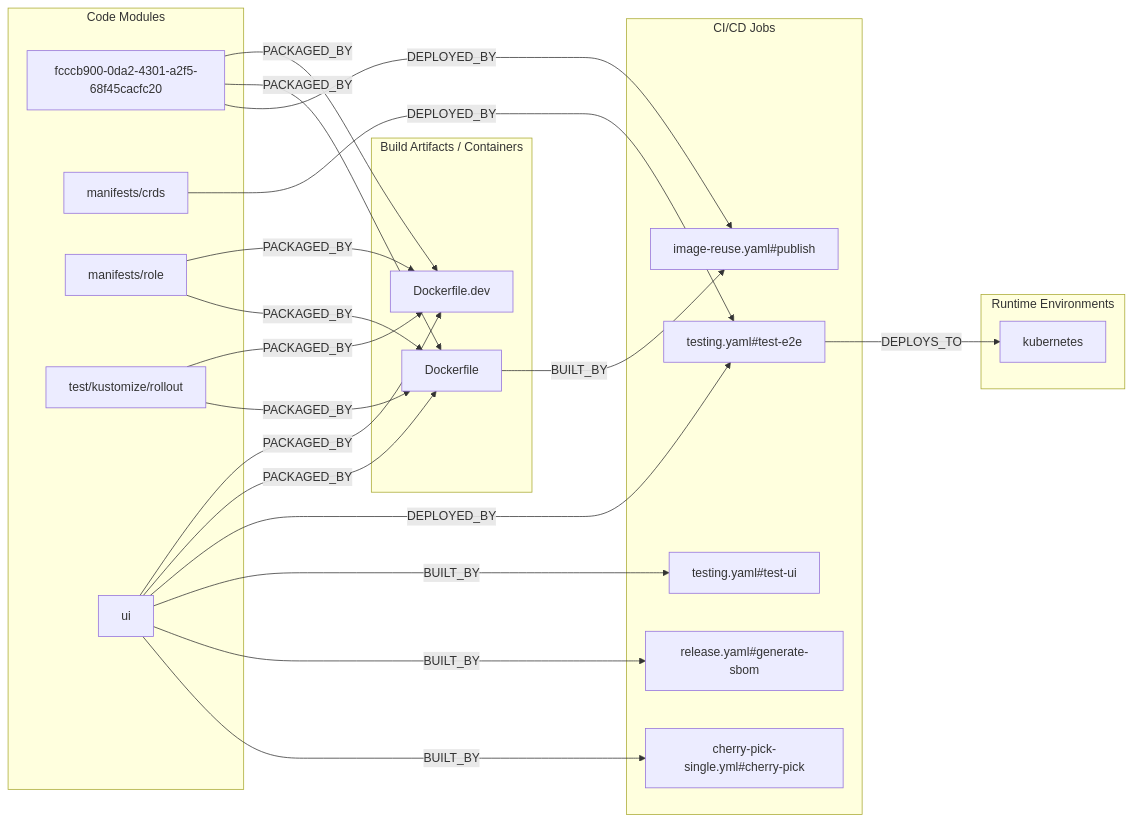
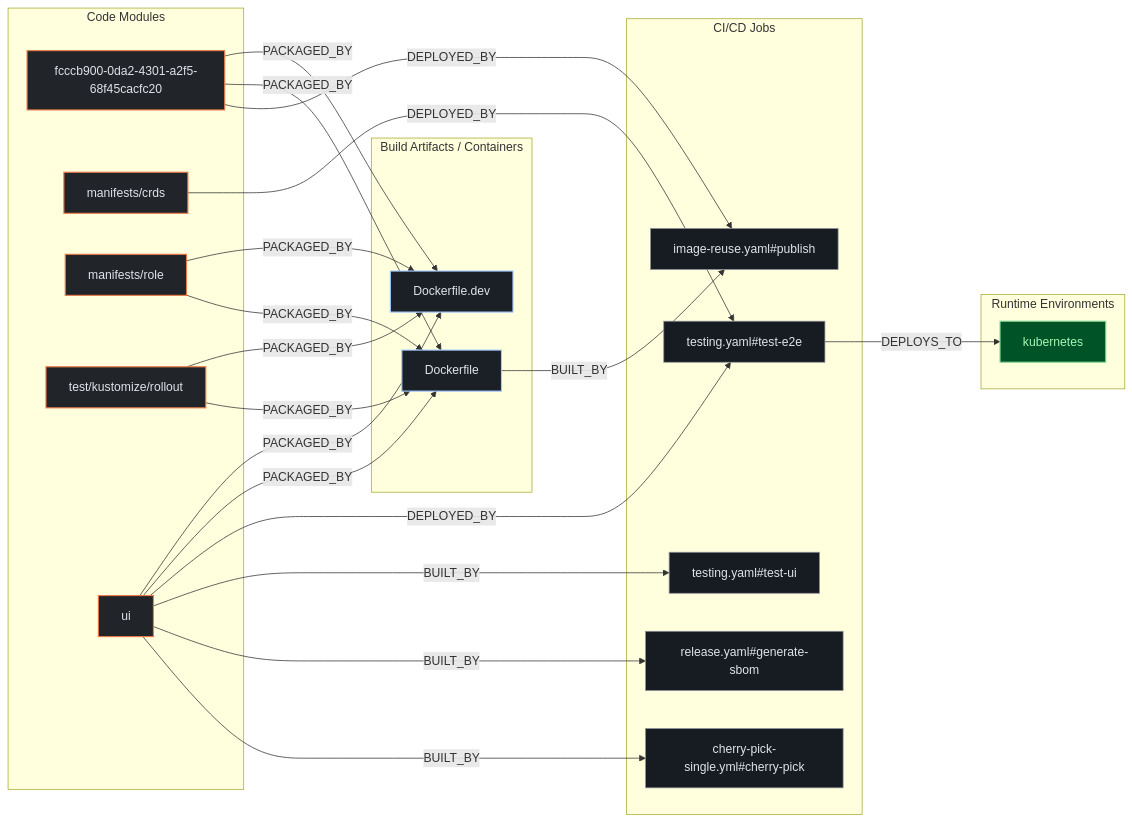
Before and after one commit to kumarshaz/atruss-code-atlas: the second of 3 diagrams in exports/latest/reports/argoproj-argo-rollouts-report.md, drawn with Mermaid. The commit also changed other lines of this file and 331 other files, not shown here.

Commit message:
docs,ui,fix: update SDLC docs, reorder CI/CD DAG first, stylize Mermaid, and fix Arc42 pipeline topology

````diff
--- a/exports/latest/reports/argoproj-argo-rollouts-report.md
+++ b/exports/latest/reports/argoproj-argo-rollouts-report.md
@@ -235,40 +242,44 @@
 ```mermaid
 flowchart LR
+    classDef atlasCategory fill:#212428,stroke:#E87A48,stroke-width:1.5px,color:#dfe3eb
+    classDef atlasWorkflow fill:#1b2026,stroke:#a3c9ff,stroke-width:1.5px,color:#dfe3eb
+    classDef atlasJob fill:#171c22,stroke:#8d9199,stroke-width:1px,color:#dfe3eb
+    classDef atlasTarget fill:#005227,stroke:#8bd99b,stroke-width:1.5px,color:#a7f6b6
     subgraph code_modules["Code Modules"]
-        mod_fcccb900_0da2_4301_a2f5_68f45cacfc20["fcccb900-0da2-4301-a2f5-68f45cacfc20"]
-        mod_manifests_crds["manifests/crds"]
-        mod_manifests_role["manifests/role"]
-        mod_test_kustomize_rollout["test/kustomize/rollout"]
-        mod_ui["ui"]
+        mod_fcccb900_0da2_4301_a2f5_68f45cacfc20["fcccb900-0da2-4301-a2f5-68f45cacfc20"]:::atlasCategory
+        mod_manifests_crds["manifests/crds"]:::atlasCategory
+        mod_manifests_role["manifests/role"]:::atlasCategory
+        mod_test_kustomize_rollout["test/kustomize/rollout"]:::atlasCategory
+        mod_ui["ui"]:::atlasCategory
     end
     subgraph build_artifacts["Build Artifacts / Containers"]
-        art_Dockerfile["Dockerfile"]
-        art_Dockerfile_dev["Dockerfile.dev"]
+        art_Dockerfile["Dockerfile"]:::atlasWorkflow
+        art_Dockerfile_dev["Dockerfile.dev"]:::atlasWorkflow
     end
     subgraph ci_jobs["CI/CD Jobs"]
-        job_cherry_pick_single_yml_cherry_pick["cherry-pick-single.yml#cherry-pick"]
-        job_image_reuse_yaml_publish["image-reuse.yaml#publish"]
-        job_release_yaml_generate_sbom["release.yaml#generate-sbom"]
-        job_testing_yaml_test_e2e["testing.yaml#test-e2e"]
-        job_testing_yaml_test_ui["testing.yaml#test-ui"]
+        job_cherry_pick_single_yml_cherry_pick["cherry-pick-single.yml#cherry-pick"]:::atlasJob
+        job_image_reuse_yaml_publish["image-reuse.yaml#publish"]:::atlasJob
+        job_release_yaml_generate_sbom["release.yaml#generate-sbom"]:::atlasJob
+        job_testing_yaml_test_e2e["testing.yaml#test-e2e"]:::atlasJob
+        job_testing_yaml_test_ui["testing.yaml#test-ui"]:::atlasJob
     end
     subgraph runtime_envs["Runtime Environments"]
-        env_kubernetes["kubernetes"]
+        env_kubernetes["kubernetes"]:::atlasTarget
     end
     job_testing_yaml_test_e2e -->|DEPLOYS_TO| env_kubernetes
     mod_fcccb900_0da2_4301_a2f5_68f45cacfc20 -->|DEPLOYED_BY| job_image_reuse_yaml_publish
     mod_fcccb900_0da2_4301_a2f5_68f45cacfc20 -->|PACKAGED_BY| art_Dockerfile
     mod_fcccb900_0da2_4301_a2f5_68f45cacfc20 -->|PACKAGED_BY| art_Dockerfile_dev
     mod_manifests_crds -->|DEPLOYED_BY| job_testing_yaml_test_e2e
     mod_manifests_role -->|PACKAGED_BY| art_Dockerfile
     mod_manifests_role -->|PACKAGED_BY| art_Dockerfile_dev
     mod_test_kustomize_rollout -->|PACKAGED_BY| art_Dockerfile
     mod_test_kustomize_rollout -->|PACKAGED_BY| art_Dockerfile_dev
     mod_ui -->|BUILT_BY| job_cherry_pick_single_yml_cherry_pick
     mod_ui -->|BUILT_BY| job_release_yaml_generate_sbom
     mod_ui -->|BUILT_BY| job_testing_yaml_test_ui
     mod_ui -->|DEPLOYED_BY| job_testing_yaml_test_e2e
     mod_ui -->|PACKAGED_BY| art_Dockerfile
     mod_ui -->|PACKAGED_BY| art_Dockerfile_dev
     art_Dockerfile -->|BUILT_BY| job_image_reuse_yaml_publish
 ```
````
